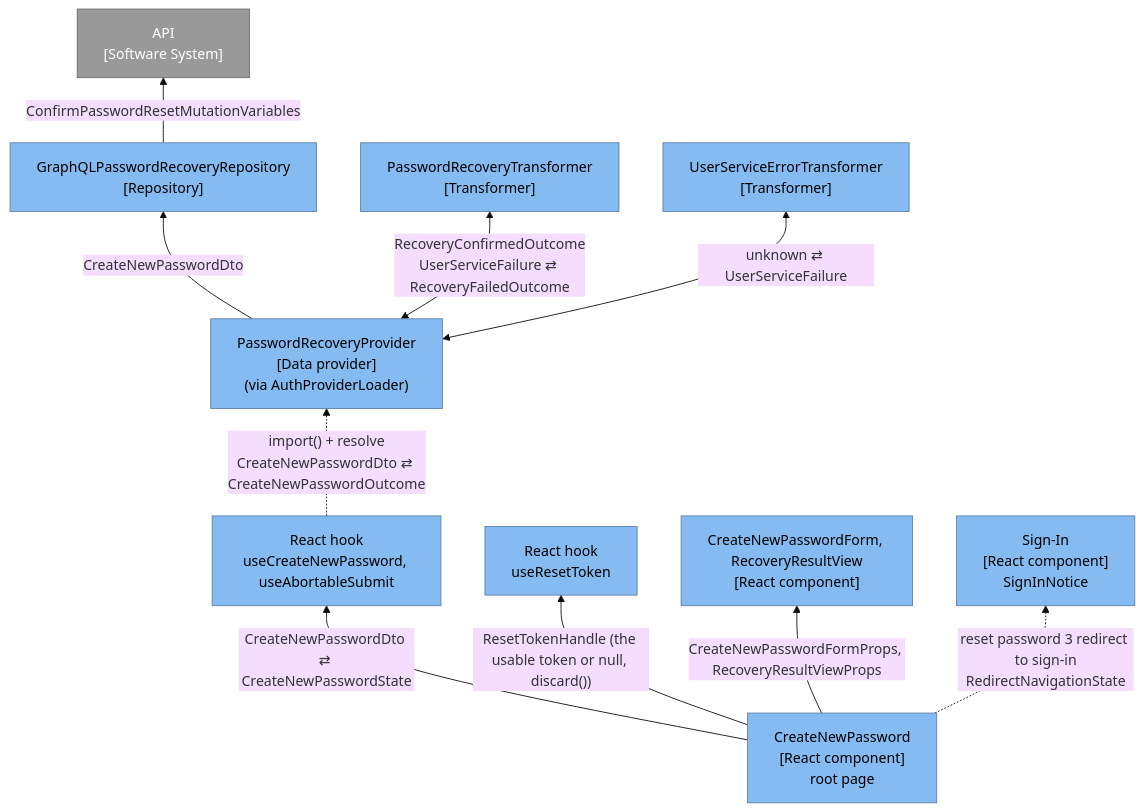
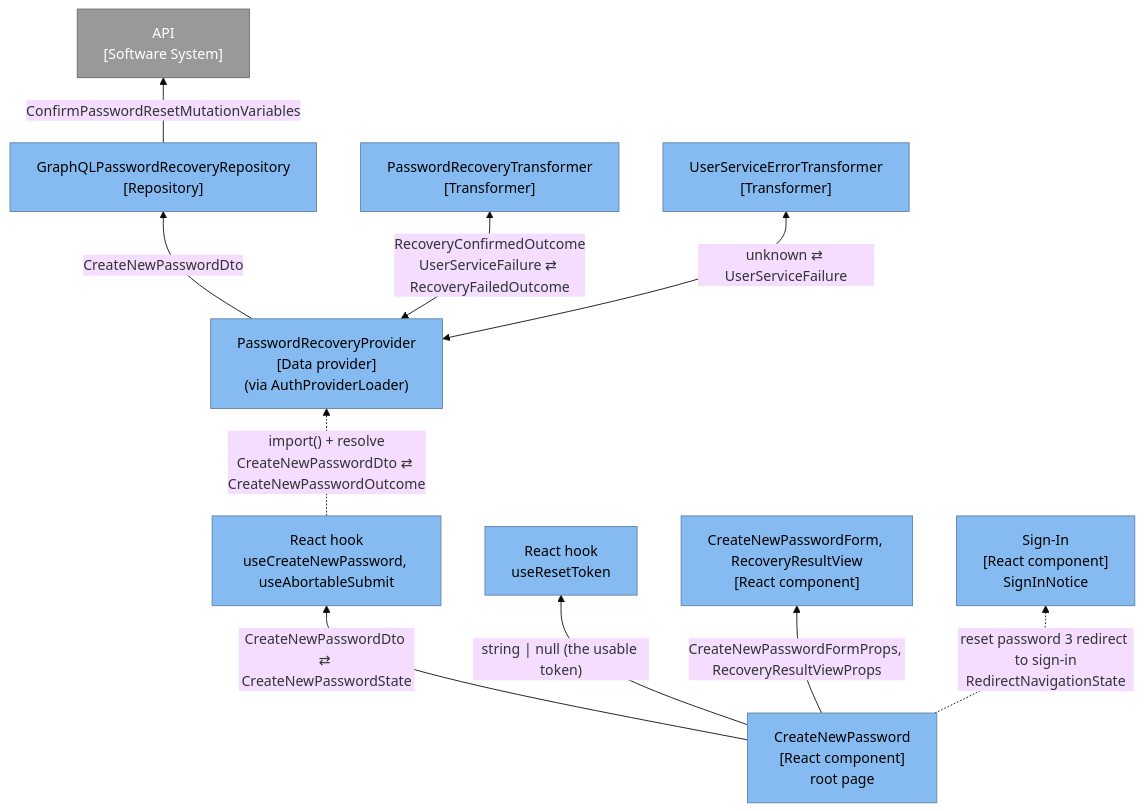
One commit to VilnaCRM-Org/crm changed the fourth of 7 diagrams in specs/create-new-password/planning-artifacts/architecture-create-new-password-2026-10-05.md. Above: the diagram before and after it, drawn with Mermaid (base theme). The commit also changed other lines of this file and 46 other files, not shown here.

First line of the commit message:
fix(#315): match the issue diagrams, retry on submit and a demo reset

````diff
--- a/specs/create-new-password/planning-artifacts/architecture-create-new-password-2026-10-05.md
+++ b/specs/create-new-password/planning-artifacts/architecture-create-new-password-2026-10-05.md
@@ -378,24 +378,24 @@
 ```mermaid
 flowchart BT
   API["API<br/>[Software System]"]:::external
   REPO["GraphQLPasswordRecoveryRepository<br/>[Repository]"]:::component
   PROV["PasswordRecoveryProvider<br/>[Data provider]<br/>(via AuthProviderLoader)"]:::component
   TR["PasswordRecoveryTransformer<br/>[Transformer]"]:::component
   ETR["UserServiceErrorTransformer<br/>[Transformer]"]:::component
   HOOK["React hook<br/>useCreateNewPassword, useAbortableSubmit"]:::component
   THOOK["React hook<br/>useResetToken"]:::component
   PAGE["CreateNewPassword<br/>[React component]<br/>root page"]:::component
   KIDS["CreateNewPasswordForm, RecoveryResultView<br/>[React component]"]:::component
   SIGNIN["Sign-In<br/>[React component]<br/>SignInNotice"]:::component
   REPO -->|"ConfirmPasswordResetMutationVariables"| API
   PROV -->|"CreateNewPasswordDto"| REPO
   PROV <-->|"RecoveryConfirmedOutcome<br/>UserServiceFailure ⇄ RecoveryFailedOutcome"| TR
   PROV <-->|"unknown ⇄ UserServiceFailure"| ETR
   HOOK -.->|"import() + resolve<br/>CreateNewPasswordDto ⇄ CreateNewPasswordOutcome"| PROV
-  PAGE -->|"ResetTokenHandle (the usable token or null, discard())"| THOOK
+  PAGE -->|"string | null (the usable token)"| THOOK
   PAGE -->|"CreateNewPasswordDto ⇄ CreateNewPasswordState"| HOOK
   PAGE -->|"CreateNewPasswordFormProps, RecoveryResultViewProps"| KIDS
   PAGE -.->|"reset password 3 redirect to sign-in<br/>RedirectNavigationState"| SIGNIN
   classDef component fill:#85BBF0,stroke:#5D82A8,color:#000;
   classDef external fill:#999999,stroke:#6B6B6B,color:#fff;
 ```
````
